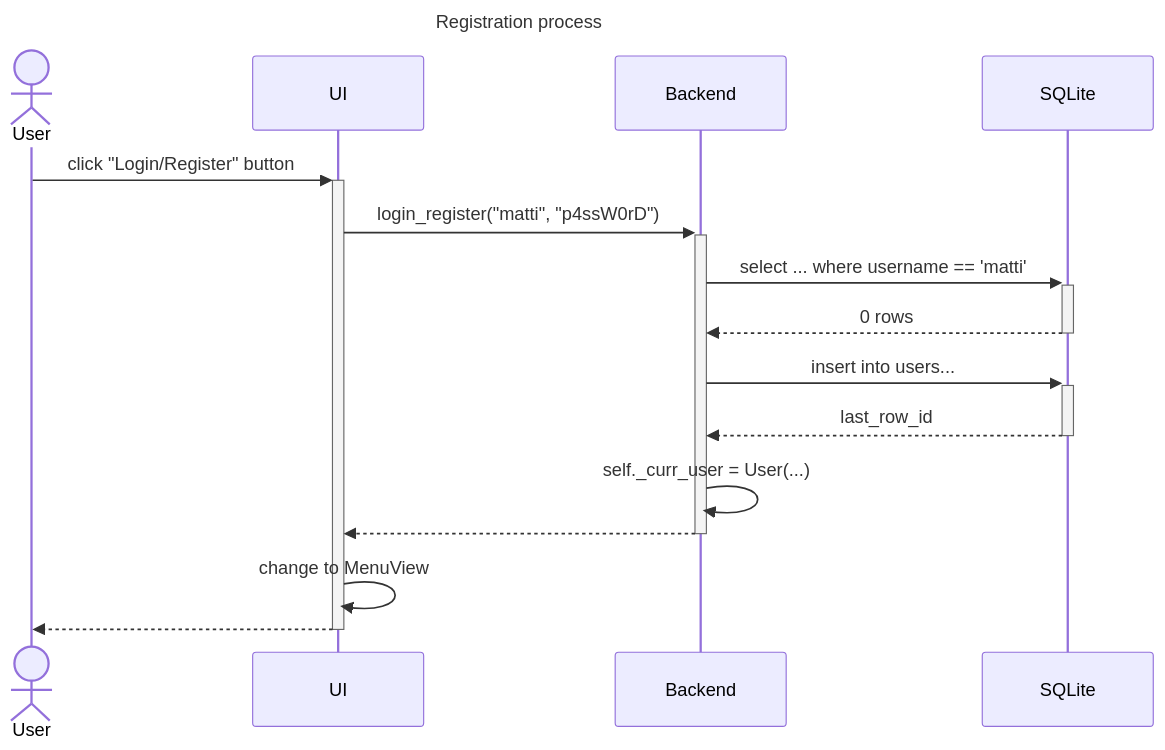
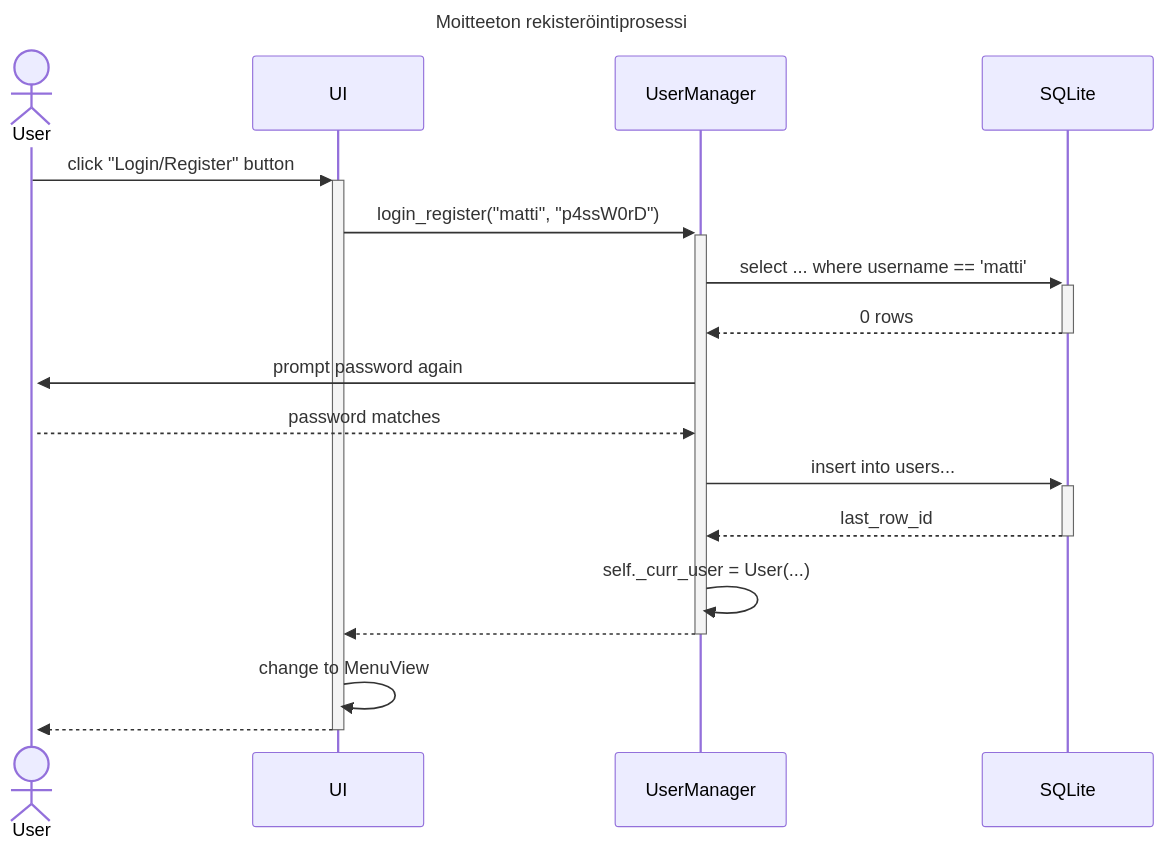
The fourth of 11 diagrams in dokumentaatio/arkkitehtuuri.md (tomjtoth/ot-harjoitustyo), drawn with Mermaid before and after one commit. The commit also changed other lines of this file and 9 other files, not shown here.

````diff
--- a/dokumentaatio/arkkitehtuuri.md
+++ b/dokumentaatio/arkkitehtuuri.md
@@ -99,20 +104,21 @@
 ```mermaid
 ---
-title: Registration process
+title: Moitteeton rekisteröintiprosessi
 ---
 sequenceDiagram
-  actor User
-  participant UI
-  participant Backend
-  User->>+UI: click "Login/Register" button
-  UI->>+Backend: login_register("matti", "p4ssW0rD")
-  Backend->>+SQLite: select ... where username == 'matti'
-  SQLite-->>-Backend: 0 rows
-  Backend->>+SQLite: insert into users...;
-  SQLite-->>-Backend: last_row_id
-  Backend->>Backend: self._curr_user = User(...)
-  Backend-->>-UI: 
-  UI->>UI: change to MenuView
-  UI-->>-User: 
+    actor User
+    
+    User->>+UI: click "Login/Register" button
+    UI->>+UserManager: login_register("matti", "p4ssW0rD")
+    UserManager->>+SQLite: select ... where username == 'matti'
+    SQLite-->>-UserManager: 0 rows
+    UserManager->>+User: prompt password again
+    User-->>UserManager: password matches
+    UserManager->>+SQLite: insert into users...;
+    SQLite-->>-UserManager: last_row_id
+    UserManager->>UserManager: self._curr_user = User(...)
+    UserManager-->>-UI: 
+    UI->>UI: change to MenuView
+    UI-->>-User: 
 
 ```
````
